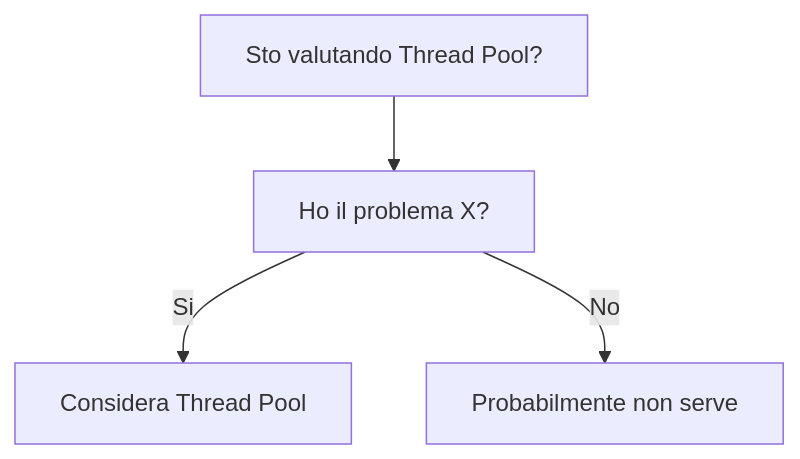
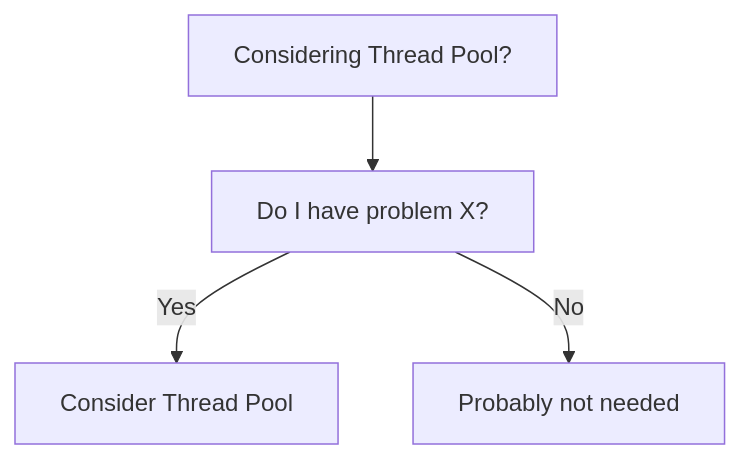
One commit to HxT9/Software-Dev-Wiki changed the diagram in dev-wiki/03_Design_Patterns/Concurrency/Thread_Pool/When_To_Use.md. Above: the diagram before and after it, drawn with Mermaid. The commit also changed other lines of this file and 3444 other files, not shown here.

````diff
--- a/dev-wiki/03_Design_Patterns/Concurrency/Thread_Pool/When_To_Use.md
+++ b/dev-wiki/03_Design_Patterns/Concurrency/Thread_Pool/When_To_Use.md
@@ -19,6 +19,6 @@
 ```mermaid
 flowchart TD
-  Q[Sto valutando Thread Pool?] --> Q1[Ho il problema X?]
-  Q1 -->|Si| OK[Considera Thread Pool]
-  Q1 -->|No| NO[Probabilmente non serve]
+  Q[Considering Thread Pool?] --> Q1[Do I have problem X?]
+  Q1 -->|Yes| OK[Consider Thread Pool]
+  Q1 -->|No| NO[Probably not needed]
 ```
````
